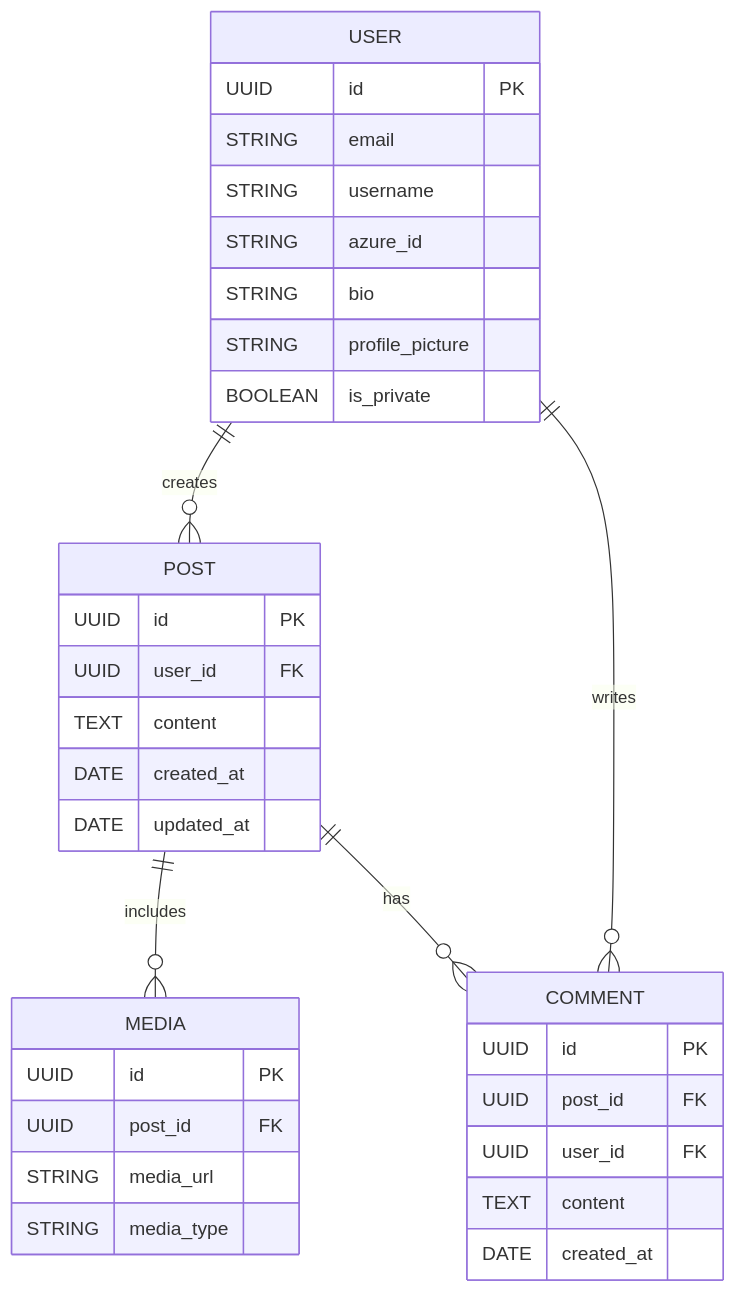
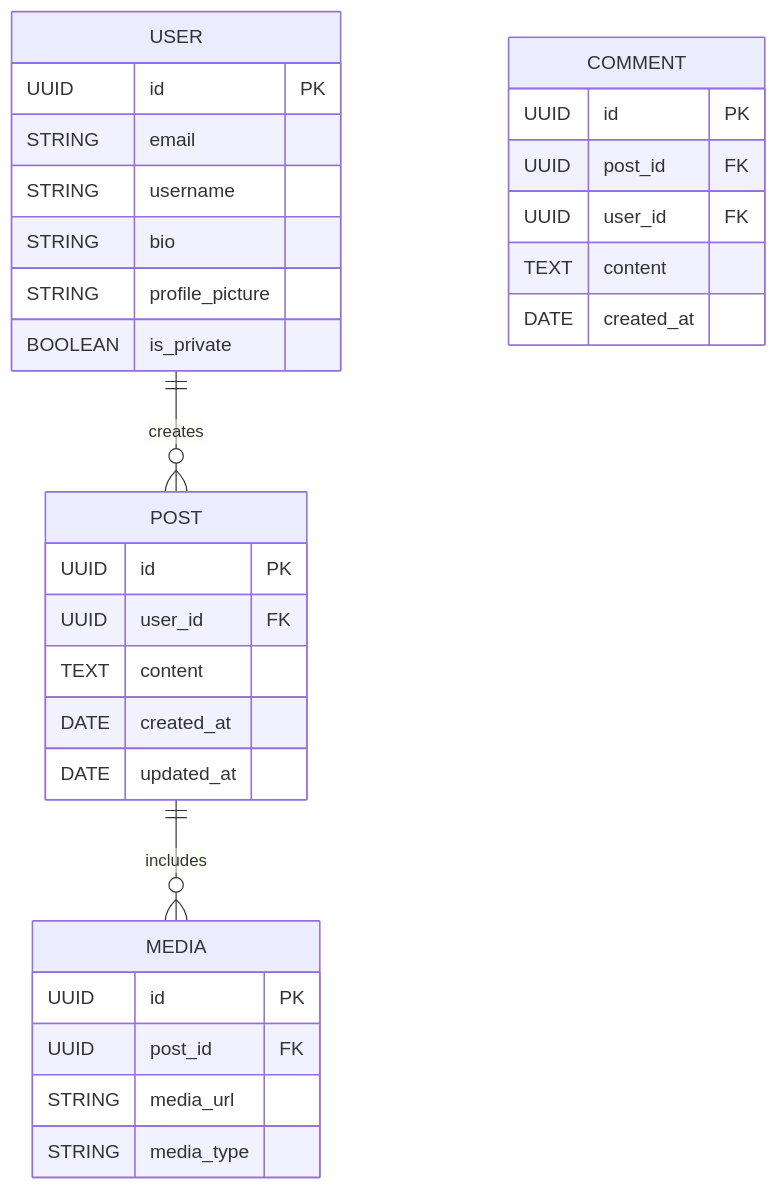
The diagram in docs/database.md (matheodrd/linkup), drawn with Mermaid before and after one commit. The commit also changed 1 other file, not shown here.

Commit message:
update db diagram

````diff
--- a/docs/database.md
+++ b/docs/database.md
@@ -5,40 +5,37 @@
 ```mermaid
 erDiagram
     USER {
         UUID id PK
         STRING email
         STRING username
-        STRING azure_id
         STRING bio
         STRING profile_picture
         BOOLEAN is_private
     }
 
     POST {
         UUID id PK
         UUID user_id FK
         TEXT content
         DATE created_at
         DATE updated_at
     }
 
     MEDIA {
         UUID id PK
         UUID post_id FK
         STRING media_url
         STRING media_type
     }
 
     COMMENT {
         UUID id PK
         UUID post_id FK
         UUID user_id FK
         TEXT content
         DATE created_at
     }
 
     USER ||--o{ POST : "creates"
     POST ||--o{ MEDIA : "includes"
-    POST ||--o{ COMMENT : "has"
-    USER ||--o{ COMMENT : "writes"
 ```
````
